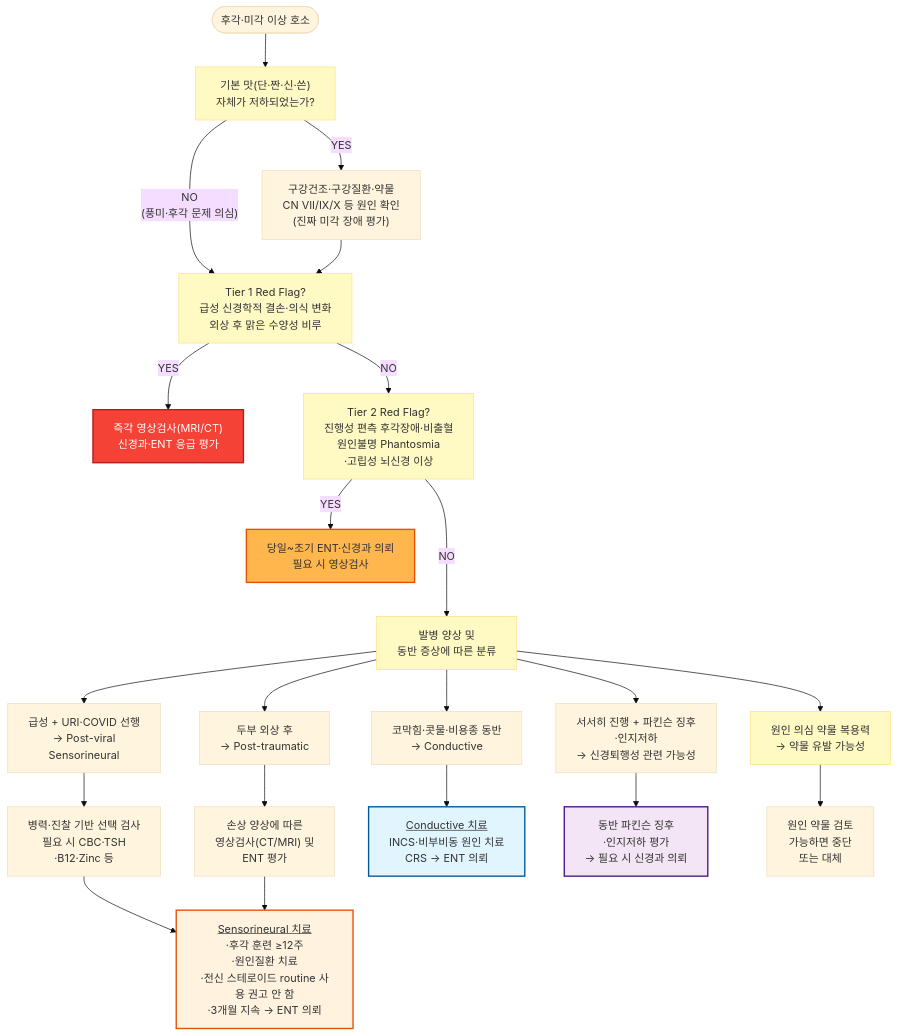
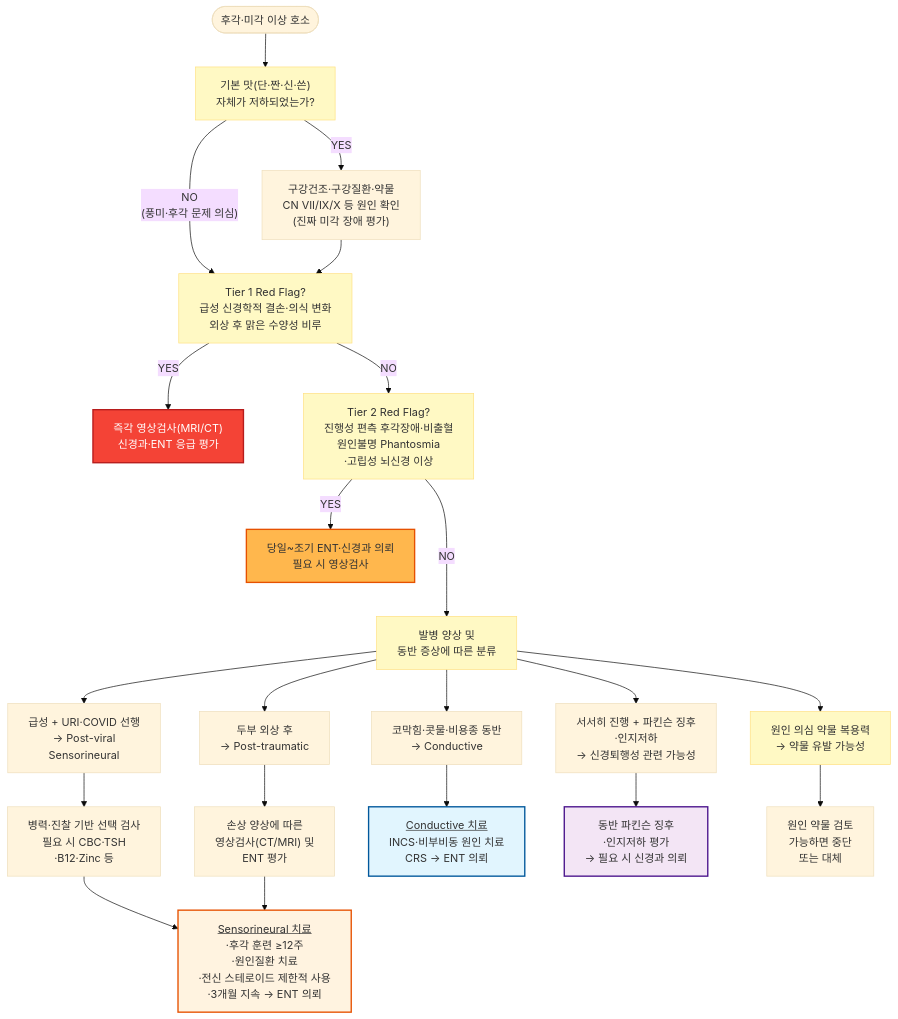
The diagram in 220_/005_-smell-taste-disorders.md (familyoh77/familyoh77), drawn with Mermaid (base theme) before and after one commit. The commit also changed other lines of this file, not shown here.

````diff
--- a/220_/005_-smell-taste-disorders.md
+++ b/220_/005_-smell-taste-disorders.md
@@ -177,30 +177,30 @@
 ```mermaid
 graph TD
     A([후각·미각 이상 호소]) --> B["기본 맛(단·짠·신·쓴)<br/>자체가 저하되었는가?"]
     B -->|"YES"| C["구강건조·구강질환·약물<br/>CN VII/IX/X 등 원인 확인<br/>(진짜 미각 장애 평가)"]
     B -->|"NO<br/>(풍미·후각 문제 의심)"| D["Tier 1 Red Flag?<br/>급성 신경학적 결손·의식 변화<br/>외상 후 맑은 수양성 비루"]
     C --> D
     D -->|"YES"| E1["즉각 영상검사(MRI/CT)<br/>신경과·ENT 응급 평가"]
     D -->|"NO"| D2["Tier 2 Red Flag?<br/>진행성 편측 후각장애·비출혈<br/>원인불명 Phantosmia<br/>·고립성 뇌신경 이상"]
     D2 -->|"YES"| E2["당일~조기 ENT·신경과 의뢰<br/>필요 시 영상검사"]
     D2 --->|"NO"| F["발병 양상 및 <br/>동반 증상에 따른 분류"]
     F --> G["급성 + URI·COVID 선행<br/>→ Post-viral <br/>Sensorineural"]
     F --> H["두부 외상 후<br/>→ Post-traumatic"]
     F --> I["코막힘·콧물·비용종 동반<br/>→ Conductive"]
     F --> J["서서히 진행 + 파킨슨 징후<br/>·인지저하<br/>→ 신경퇴행성 관련 가능성"]
     F --> P["원인 의심 약물 복용력<br/>→ 약물 유발 가능성"]
     G --> K["병력·진찰 기반 선택 검사<br/>필요 시 CBC·TSH<br/>·B12·Zinc 등"]
     H --> H2["손상 양상에 따른<br/>영상검사(CT/MRI) 및 <br/>ENT 평가"]
     I --> L["<u>Conductive 치료</u><br/>INCS·비부비동 원인 치료<br/>CRS → ENT 의뢰"]
     J --> M["동반 파킨슨 징후<br/>·인지저하 평가<br/>→ 필요 시 신경과 의뢰"]
     P --> P2["원인 약물 검토<br/>가능하면 중단<br/> 또는 대체"]
-    K --> N["<u>Sensorineural 치료</u><br/>·후각 훈련 ≥12주<br/>·원인질환 치료<br/>·전신 스테로이드 routine 사용 권고 안 함<br/>·3개월 지속 → ENT 의뢰"]
+    K --> N["<u>Sensorineural 치료</u><br/>·후각 훈련 ≥12주<br/>·원인질환 치료<br/>·전신 스테로이드 제한적 사용<br/>·3개월 지속 → ENT 의뢰"]
     H2 --> N
 classDef yellow fill:#fff9c4,stroke:#ffe082
 class B,D,D2,F,P yellow
     style E1 fill:#f44336,stroke:#b71c1c,color:#fff,stroke-width:2px
     style E2 fill:#ffb74d,stroke:#e65100,stroke-width:2px
     style L fill:#e1f5fe,stroke:#01579b,stroke-width:2px
     style N fill:#fff3e0,stroke:#e65100,stroke-width:2px
     style M fill:#f3e5f5,stroke:#4a148c,stroke-width:2px
 ```
````
